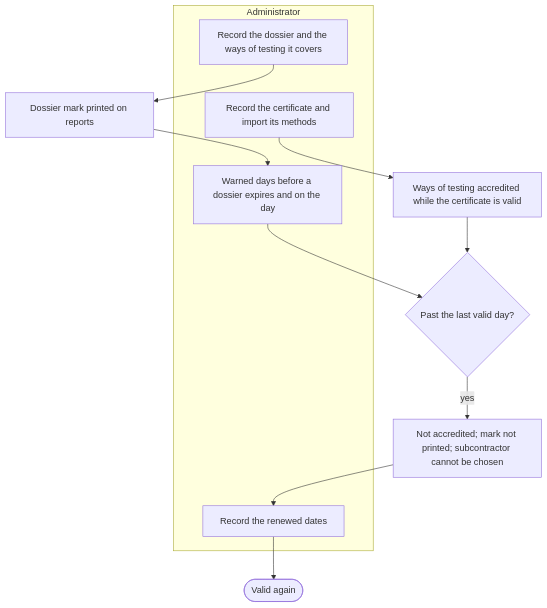
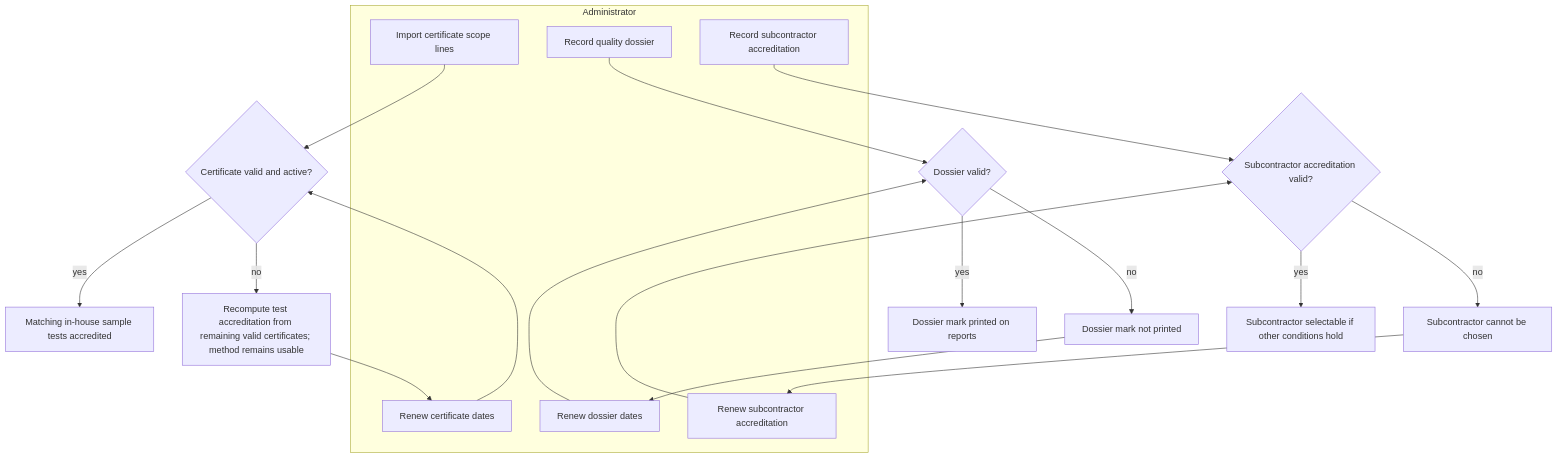
One commit to SoltuneMontepre/medilab changed diagram 12 of 17 in docs/functional/business-flows.md. Above: the diagram before and after it, drawn with Mermaid. The commit also changed other lines of this file and 47 other files, not shown here.

````diff
--- a/docs/functional/business-flows.md
+++ b/docs/functional/business-flows.md
@@ -543,16 +534,23 @@
 ```mermaid
 flowchart TD
     subgraph lane30 ["Administrator"]
-        a1[Record the certificate and import its methods]
-        a2[Record the dossier and the ways of testing it covers]
-        a3[Warned days before a dossier expires and on the day]
-        a4[Record the renewed dates]
+        a1[Import certificate scope lines]
+        a2[Record quality dossier]
+        a3[Record subcontractor accreditation]
+        r1[Renew certificate dates]
+        r2[Renew dossier dates]
+        r3[Renew subcontractor accreditation]
     end
-    a1 --> acc[Ways of testing accredited while the certificate is valid]
-    a2 --> mark[Dossier mark printed on reports]
-    mark --> a3
-    acc --> exp{Past the last valid day?}
-    a3 --> exp
-    exp -->|yes| off["Not accredited; mark not printed; subcontractor cannot be chosen"]
-    off --> a4 --> valid([Valid again])
+    a1 --> c{Certificate valid and active?}
+    c -->|yes| acc[Matching in-house sample tests accredited]
+    c -->|no| noacc[Recompute test accreditation from remaining valid certificates; method remains usable]
+    noacc --> r1 --> c
+    a2 --> d{Dossier valid?}
+    d -->|yes| mark[Dossier mark printed on reports]
+    d -->|no| nomark[Dossier mark not printed]
+    nomark --> r2 --> d
+    a3 --> s{Subcontractor accreditation valid?}
+    s -->|yes| selectable[Subcontractor selectable if other conditions hold]
+    s -->|no| blocked[Subcontractor cannot be chosen]
+    blocked --> r3 --> s
 ```
````
